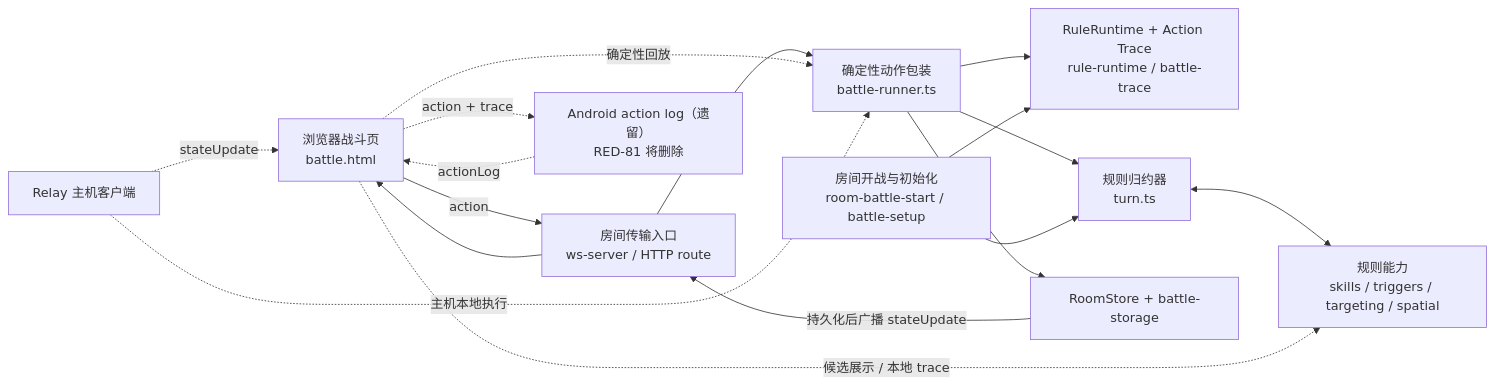
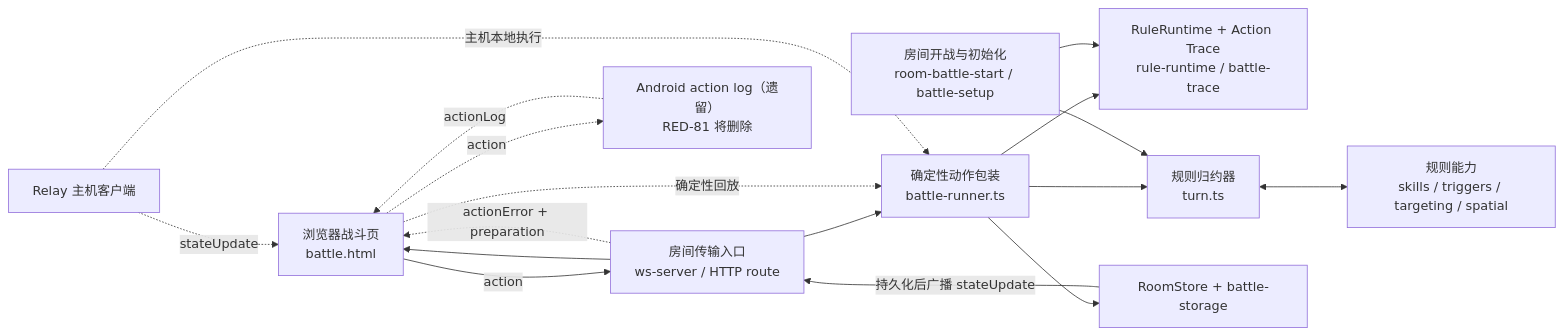
One commit to longaadream/Red_VS_Blue changed the first of 5 diagrams in docs/technical/GAME_LOGIC_SYSTEM.md. Above: the diagram before and after it, drawn with Mermaid. The commit also changed other lines of this file and 1 other file, not shown here.

Commit message:
docs(RED-31): update authoritative action flow

````diff
--- a/docs/technical/GAME_LOGIC_SYSTEM.md
+++ b/docs/technical/GAME_LOGIC_SYSTEM.md
@@ -37,31 +37,31 @@
 ```mermaid
 flowchart LR
   UI["浏览器战斗页<br/>battle.html"]
   Transport["房间传输入口<br/>ws-server / HTTP route"]
   Runner["确定性动作包装<br/>battle-runner.ts"]
   Runtime["RuleRuntime + Action Trace<br/>rule-runtime / battle-trace"]
   Reducer["规则归约器<br/>turn.ts"]
   Domain["规则能力<br/>skills / triggers / targeting / spatial"]
   Setup["房间开战与初始化<br/>room-battle-start / battle-setup"]
   Store["RoomStore + battle-storage"]
   Android["Android action log（遗留）<br/>RED-81 将删除"]
   Relay["Relay 主机客户端"]
 
   UI -->|action| Transport
   Transport --> Runner
   Runner --> Runtime
   Runner --> Reducer
   Reducer <--> Domain
   Setup --> Runtime
   Setup --> Reducer
   Runner --> Store
   Store -->|持久化后广播 stateUpdate| Transport
   Transport --> UI
 
-  UI -.->|候选展示 / 本地 trace| Domain
-  UI -.->|action + trace| Android
+  Transport -.->|actionError + preparation| UI
+  UI -.->|action| Android
   Android -.->|actionLog| UI
   UI -.->|确定性回放| Runner
   Relay -.->|主机本地执行| Runner
   Relay -.->|stateUpdate| UI
 ```
````
